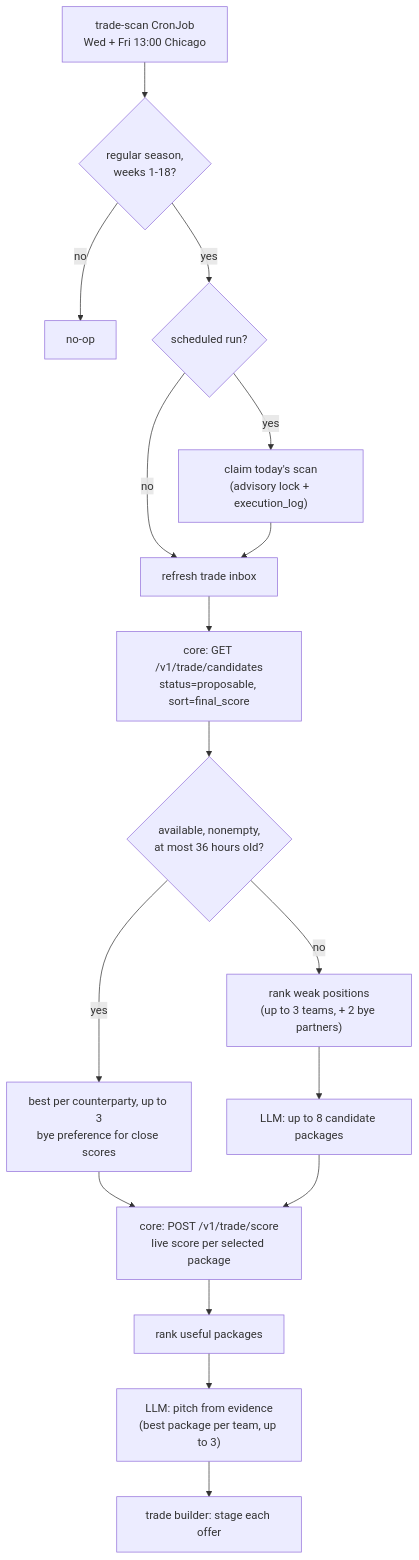
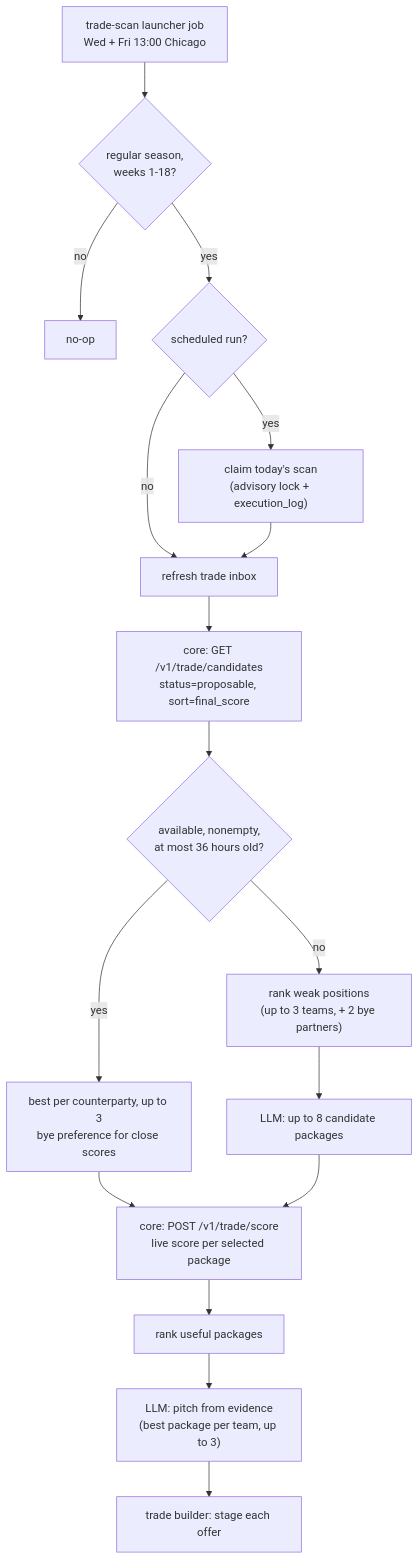
Before and after one commit to cvillarr23/fantasy-browser-worker: the diagram in docs/bots/trade-proposal-and-scan.md, drawn with Mermaid. The commit also changed other lines of this file and 4 other files, not shown here.

First line of the commit message:
Describe the bot schedules as launcher jobs, not CronJobs (#249)

````diff
--- a/docs/bots/trade-proposal-and-scan.md
+++ b/docs/bots/trade-proposal-and-scan.md
@@ -9,19 +9,19 @@
 ```mermaid
 flowchart TD
-    cron["trade-scan CronJob\nWed + Fri 13:00 Chicago"] --> gate{"regular season,\nweeks 1-18?"}
+    cron["trade-scan launcher job\nWed + Fri 13:00 Chicago"] --> gate{"regular season,\nweeks 1-18?"}
     gate -->|no| noop["no-op"]
     gate -->|yes| trigger{"scheduled run?"}
     trigger -->|yes| claim["claim today's scan\n(advisory lock + execution_log)"]
     trigger -->|no| inbox["refresh trade inbox"]
     claim --> inbox["refresh trade inbox"]
     inbox --> candidates["core: GET /v1/trade/candidates\nstatus=proposable, sort=final_score"]
     candidates --> fresh{"available, nonempty,\nat most 36 hours old?"}
     fresh -->|yes| pick["best per counterparty, up to 3\nbye preference for close scores"]
     fresh -->|no| target["rank weak positions\n(up to 3 teams, + 2 bye partners)"]
     target --> llm1["LLM: up to 8 candidate packages"]
     pick --> score["core: POST /v1/trade/score\nlive score per selected package"]
     llm1 --> score
     score --> rank["rank useful packages"]
     rank --> llm2["LLM: pitch from evidence\n(best package per team, up to 3)"]
     llm2 --> stage["trade builder: stage each offer"]
 ```
````
